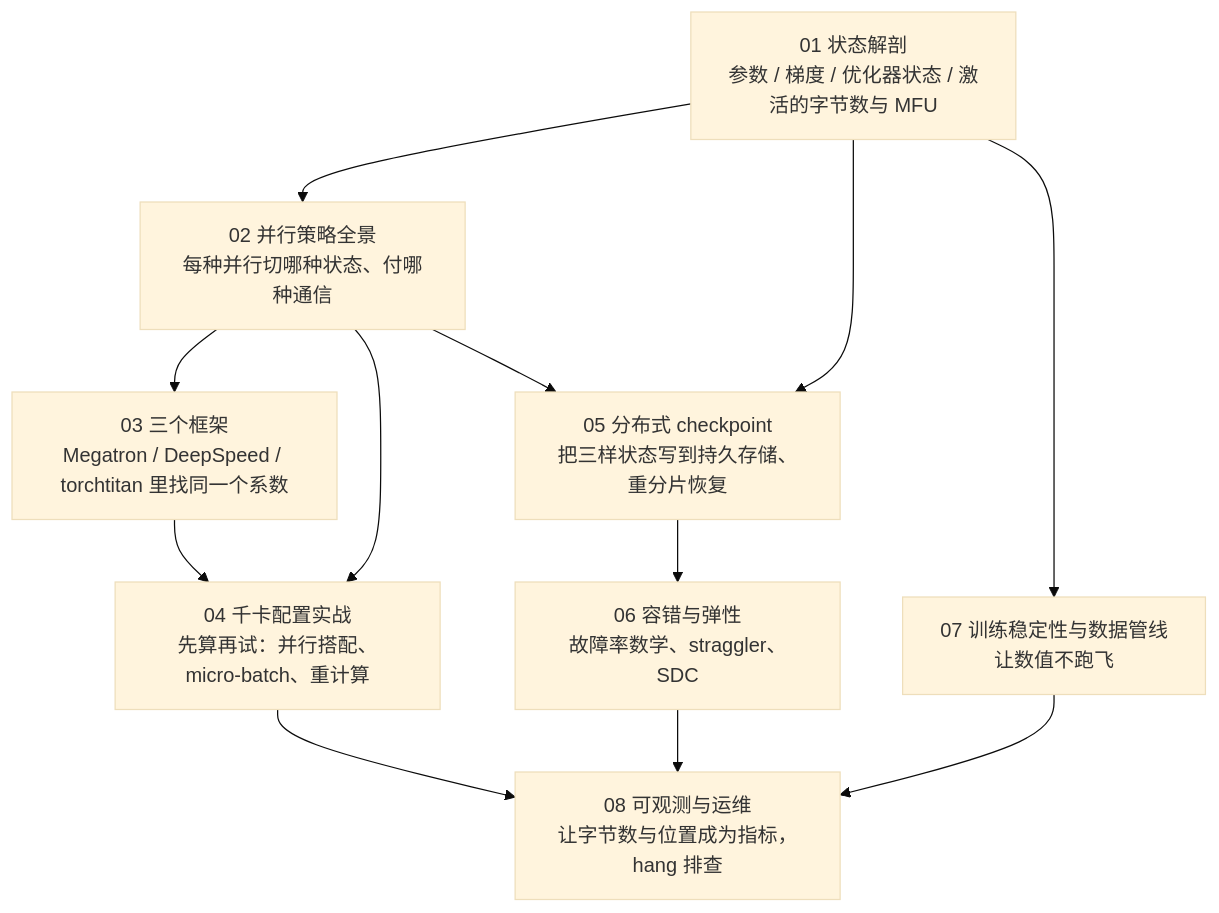
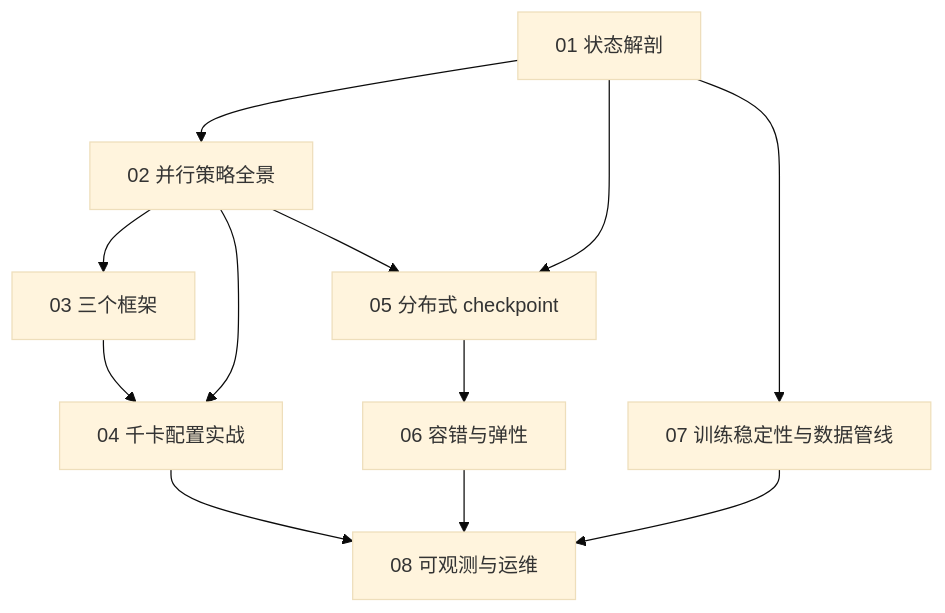
Before and after one commit to arganzheng/arganzheng.github.com: the diagram in slides/2026-07-29-large-scale-training.md, drawn with Mermaid (base theme). The commit also changed other lines of this file, not shown here.

Commit message:
slides(2026-07-29-large-scale-training): 图内文字 ≥14px——标签缩短/拆分/Unicode 数学

````diff
--- a/slides/2026-07-29-large-scale-training.md
+++ b/slides/2026-07-29-large-scale-training.md
@@ -39,11 +39,11 @@
 ```mermaid
 %%{init: {"flowchart": {"wrappingWidth": 200}}}%%
 flowchart TB
-    L1["01 状态解剖<br/>参数 / 梯度 / 优化器状态 / 激活的字节数与 MFU"] --> L2["02 并行策略全景<br/>每种并行切哪种状态、付哪种通信"]
-    L2 --> L3["03 三个框架<br/>Megatron / DeepSpeed / torchtitan 里找同一个系数"]
-    L2 & L3 --> L4["04 千卡配置实战<br/>先算再试：并行搭配、micro-batch、重计算"]
-    L1 & L2 --> L5["05 分布式 checkpoint<br/>把三样状态写到持久存储、重分片恢复"]
-    L5 --> L6["06 容错与弹性<br/>故障率数学、straggler、SDC"]
-    L1 --> L7["07 训练稳定性与数据管线<br/>让数值不跑飞"]
-    L4 & L6 & L7 --> L8["08 可观测与运维<br/>让字节数与位置成为指标，hang 排查"]
+    L1["01 状态解剖"] --> L2["02 并行策略全景"]
+    L2 --> L3["03 三个框架"]
+    L2 & L3 --> L4["04 千卡配置实战"]
+    L1 & L2 --> L5["05 分布式 checkpoint"]
+    L5 --> L6["06 容错与弹性"]
+    L1 --> L7["07 训练稳定性与数据管线"]
+    L4 & L6 & L7 --> L8["08 可观测与运维"]
 ```
````
